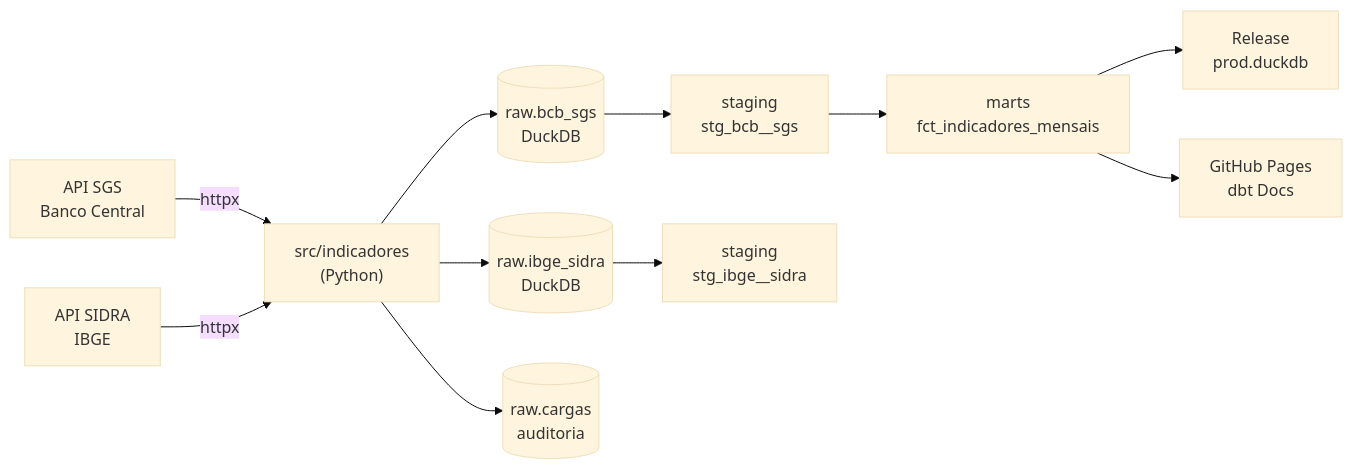
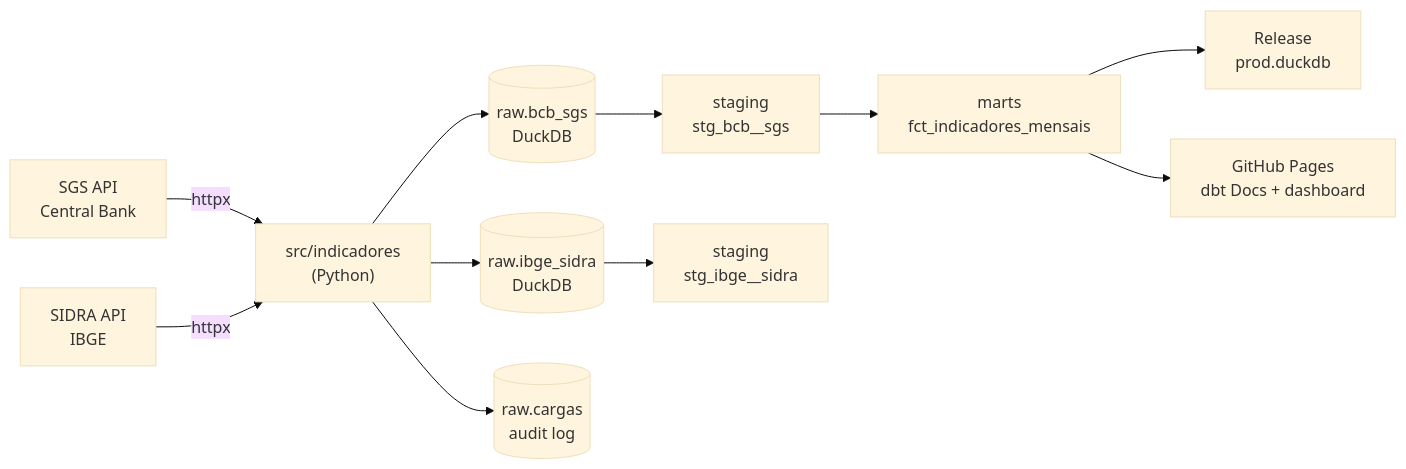
One commit to Jones51/indicadores-br changed the first of 3 diagrams in README.md. Above: the diagram before and after it, drawn with Mermaid (base theme). The commit also changed other lines of this file and 3 other files, not shown here.

````diff
--- a/README.md
+++ b/README.md
@@ -5,13 +5,13 @@
 ```mermaid
 flowchart LR
-    api["API SGS<br/>Banco Central"] -->|httpx| py["src/indicadores<br/>(Python)"]
-    sidra["API SIDRA<br/>IBGE"] -->|httpx| py
+    api["SGS API<br/>Central Bank"] -->|httpx| py["src/indicadores<br/>(Python)"]
+    sidra["SIDRA API<br/>IBGE"] -->|httpx| py
     py --> raw[("raw.bcb_sgs<br/>DuckDB")]
     py --> rawi[("raw.ibge_sidra<br/>DuckDB")]
-    py --> aud[("raw.cargas<br/>auditoria")]
+    py --> aud[("raw.cargas<br/>audit log")]
     raw --> stg["staging<br/>stg_bcb__sgs"]
     rawi --> stgi["staging<br/>stg_ibge__sidra"]
     stg --> mart["marts<br/>fct_indicadores_mensais"]
     mart --> rel["Release<br/>prod.duckdb"]
-    mart --> docs["GitHub Pages<br/>dbt Docs"]
+    mart --> docs["GitHub Pages<br/>dbt Docs + dashboard"]
 ```
````
